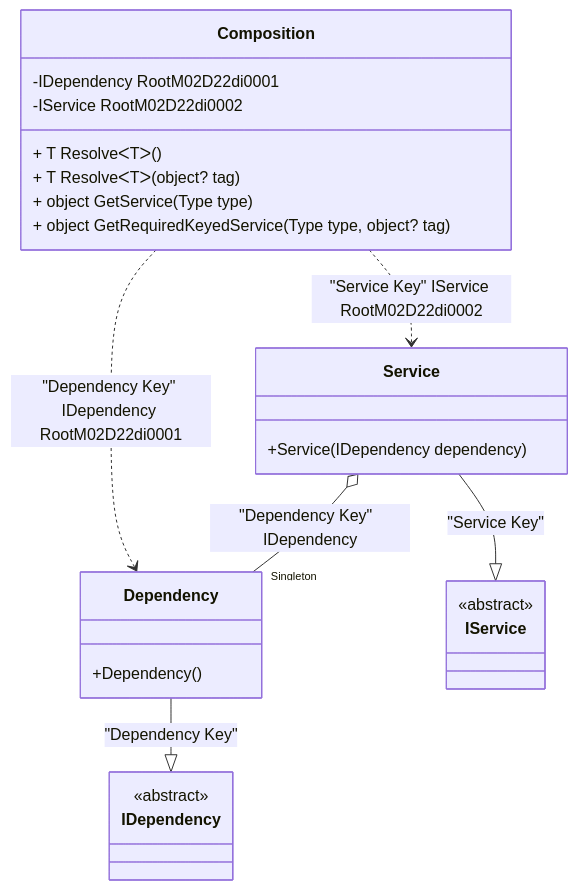
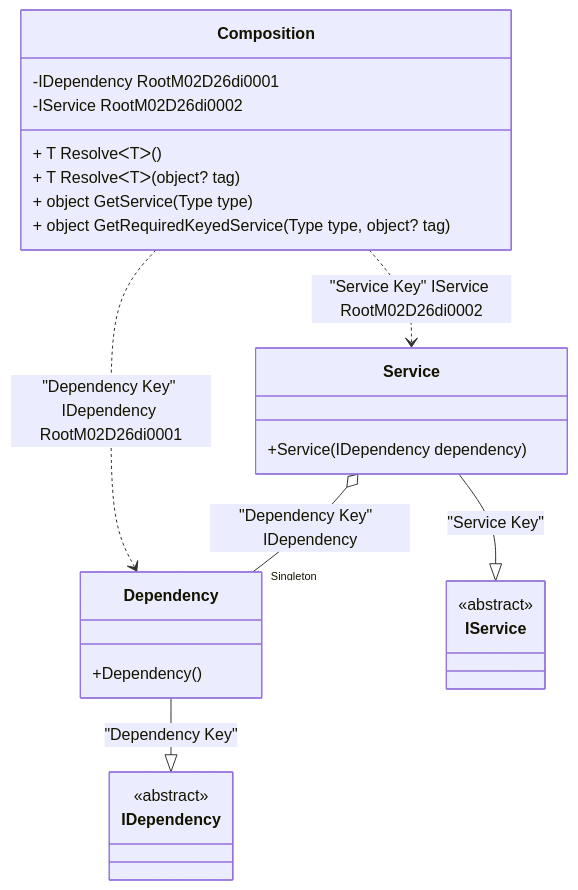
One commit to DevTeam/Pure.DI changed the diagram in readme/keyed-service-provider.md. Above: the diagram before and after it, drawn with Mermaid. The commit also changed other lines of this file and 69 other files, not shown here.

````diff
--- a/readme/keyed-service-provider.md
+++ b/readme/keyed-service-provider.md
@@ -50,28 +50,28 @@
 ```mermaid
 classDiagram
   class Composition {
-    -IDependency RootM02D22di0001
-    -IService RootM02D22di0002
+    -IDependency RootM02D26di0001
+    -IService RootM02D26di0002
     + T ResolveᐸTᐳ()
     + T ResolveᐸTᐳ(object? tag)
     + object GetService(Type type)
     + object GetRequiredKeyedService(Type type, object? tag)
   }
   Dependency --|> IDependency : "Dependency Key" 
   class Dependency {
     +Dependency()
   }
   Service --|> IService : "Service Key" 
   class Service {
     +Service(IDependency dependency)
   }
   class IDependency {
     <<abstract>>
   }
   class IService {
     <<abstract>>
   }
   Service o--  "Singleton" Dependency : "Dependency Key"  IDependency
-  Composition ..> Dependency : "Dependency Key" IDependency RootM02D22di0001
-  Composition ..> Service : "Service Key" IService RootM02D22di0002
+  Composition ..> Dependency : "Dependency Key" IDependency RootM02D26di0001
+  Composition ..> Service : "Service Key" IService RootM02D26di0002
 ```
````
